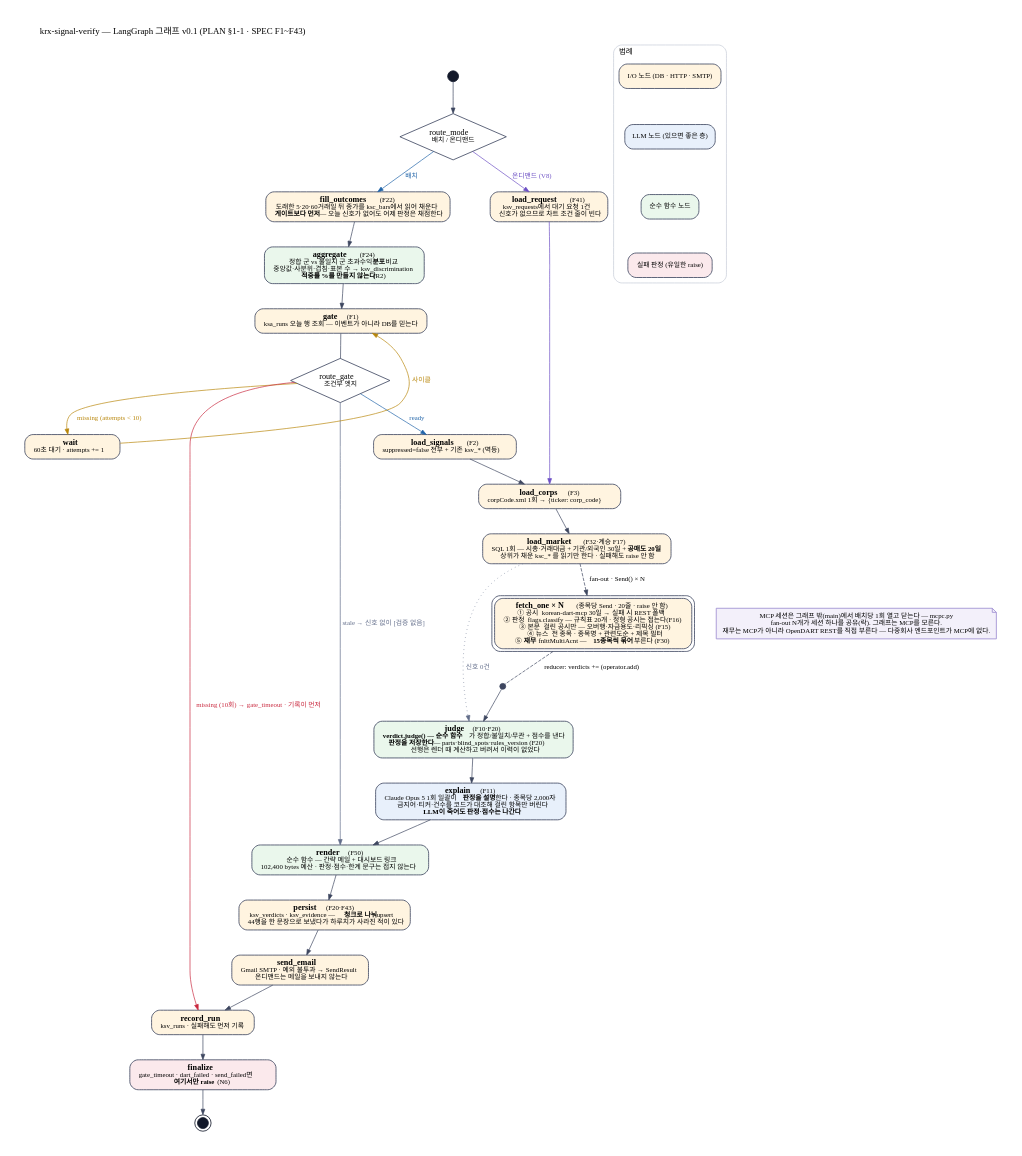
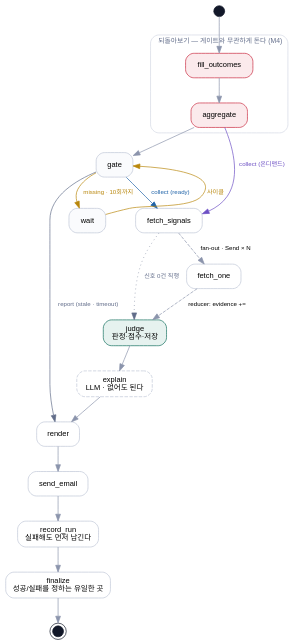
The diagram in docs/diagrams/graph.dot (daehyub71/krx-signal-verify), drawn with Graphviz before and after one commit. The commit also changed 42 other files, not shown here.

First line of the commit message:
feat: walking skeleton — graph wiring, gate on real DB, ksv_* schema

```diff
--- a/docs/diagrams/graph.dot
+++ b/docs/diagrams/graph.dot
@@ -1,78 +1,59 @@
+// krx-signal-verify — LangGraph 그래프 (PLAN §1-2)
+//
+// ⚠ 이 그림의 간선은 `scripts/check_diagram.py`가 `docs/GRAPH.md`(자동 생성)와 대조한다.
+//    노드 이름과 간선은 **구현과 정확히 같아야 한다** — 어긋나면 CI가 실패한다 (SPEC N16).
+//    렌더: dot -Tpng docs/diagrams/graph.dot -o docs/graph.png
+
 digraph verify {
-  graph [fontname="Apple SD Gothic Neo", fontsize=13, rankdir=TB, nodesep=0.45, ranksep=0.5, pad=0.4, bgcolor="white",
-         label="krx-signal-verify — LangGraph 그래프 v0.1 (PLAN §1-1 · SPEC F1~F43)", labelloc=t, labeljust=l];
-  node  [fontname="Apple SD Gothic Neo", fontsize=12, shape=box, style="rounded,filled", fillcolor="#F4F6FA", color="#3D465F", penwidth=1.2, margin="0.18,0.08"];
-  edge  [fontname="Apple SD Gothic Neo", fontsize=10, color="#3D465F", arrowsize=0.8];
+  rankdir=TB;
+  bgcolor="transparent";
+  node [shape=box, style="rounded,filled", fillcolor="#FFFFFF", color="#BFC6D6",
+        fontname="Helvetica", fontsize=11, margin="0.18,0.10"];
+  edge [color="#8B94AC", fontname="Helvetica", fontsize=9];
 
   START [shape=circle, label="", width=0.22, fillcolor="#121829", color="#121829"];
   END   [shape=doublecircle, label="", width=0.22, fillcolor="#121829", color="#121829"];
 
-  // ── 진입 분기 (V8) ────────────────────────────────
-  route_mode [shape=diamond, style=filled, fillcolor="#FFFFFF", height=0.95,
-              label=<route_mode<br/><font point-size="10">배치 / 온디맨드</font>>];
+  // 채점 — 게이트와 무관하게 돈다
+  subgraph cluster_score {
+    label="  되돌아보기 — 게이트와 무관하게 돈다 (M4)";
+    fontname="Helvetica"; fontsize=10; fontcolor="#626D8A";
+    color="#D3D8E4"; style=rounded;
+    fill_outcomes [fillcolor="#FBEAEC", color="#C9283E"];
+    aggregate     [fillcolor="#FBEAEC", color="#C9283E"];
+  }
 
-  // ── 적중 추적 (F22·F24) — 신호와 무관하게 먼저 돈다
-  fill_out [label=<<b>fill_outcomes</b>  <font point-size="10">(F22)</font><br/><font point-size="10">도래한 5·20·60거래일 뒤 종가를 ksc_bars에서 읽어 채운다<br/><b>게이트보다 먼저</b> — 오늘 신호가 없어도 어제 판정은 채점한다</font>>, fillcolor="#FFF4E0"];
-  aggregate [label=<<b>aggregate</b>  <font point-size="10">(F24)</font><br/><font point-size="10">정합 군 vs 불일치 군 초과수익 <b>분포</b> 비교<br/>중앙값·사분위·겹침·표본 수 → ksv_discrimination<br/><b>적중률 %를 만들지 않는다</b> (R2)</font>>, fillcolor="#EAF7EC"];
+  gate  [fillcolor="#FAFBFD"];
+  wait  [fillcolor="#FAFBFD"];
 
-  // ── 게이트 (F1, 계승) ─────────────────────────────
-  gate  [label=<<b>gate</b>  <font point-size="10">(F1)</font><br/><font point-size="10">ksa_runs 오늘 행 조회 — 이벤트가 아니라 DB를 믿는다</font>>, fillcolor="#FFF4E0"];
-  route_gate [shape=diamond, style=filled, fillcolor="#FFFFFF", height=0.9,
-              label=<route_gate<br/><font point-size="10">조건부 엣지</font>>];
-  wait  [label=<<b>wait</b><br/><font point-size="10">60초 대기 · attempts += 1</font>>, fillcolor="#FFF4E0"];
+  fetch_signals;
+  fetch_one;
+  judge   [fillcolor="#E6F2EF", color="#0F6E5C", label="judge\n판정·점수·저장"];
+  explain [style="rounded,filled,dashed", label="explain\nLLM · 없어도 된다"];
+  render;
+  send_email;
+  record_run [label="record_run\n실패해도 먼저 남긴다"];
+  finalize   [label="finalize\n성공/실패를 정하는 유일한 곳"];
 
-  // ── 입력 ──────────────────────────────────────────
-  load_sig [label=<<b>load_signals</b>  <font point-size="10">(F2)</font><br/><font point-size="10">suppressed=false 전부 + 기존 ksv_* (멱등)</font>>, fillcolor="#FFF4E0"];
-  load_req [label=<<b>load_request</b>  <font point-size="10">(F41)</font><br/><font point-size="10">ksv_requests에서 대기 요청 1건<br/>신호가 없으므로 차트 조건 줄이 빈다</font>>, fillcolor="#FFF4E0"];
-  load_corp [label=<<b>load_corps</b>  <font point-size="10">(F3)</font><br/><font point-size="10">corpCode.xml 1회 → {ticker: corp_code}</font>>, fillcolor="#FFF4E0"];
-  load_mkt  [label=<<b>load_market</b>  <font point-size="10">(F32·계승 F17)</font><br/><font point-size="10">SQL 1회 — 시총·거래대금 + 기관/외국인 30일 + <b>공매도 20일</b><br/>상위가 채운 ksc_* 를 읽기만 한다 · 실패해도 raise 안 함</font>>, fillcolor="#FFF4E0"];
+  START -> fill_outcomes;
+  fill_outcomes -> aggregate;
 
-  // ── fan-out ───────────────────────────────────────
-  fetch [label=<<b>fetch_one × N</b>  <font point-size="10">(종목당 Send · 20줄 · raise 안 함)</font><br/><font point-size="10">① 공시  korean-dart-mcp 30일 → 실패 시 REST 폴백<br/>② 판정  flags.classify — 규칙표 20개 · 정형 공시는 접는다(F16)<br/>③ 본문  걸린 공시만 — 오버행·자금용도·리픽싱 (F15)<br/>④ 뉴스  전 종목 · 종목명 + 관련도순 + 제목 필터<br/>⑤ <b>재무</b>  fnlttMultiAcnt — <b>15종목씩 묶어</b> 부른다 (F30)</font>>, fillcolor="#FFF4E0", peripheries=2];
-  join [shape=point, width=0.12, fillcolor="#3D465F", color="#3D465F"];
+  aggregate -> gate;
+  aggregate -> fetch_signals [label="  collect (온디맨드)", color="#6C4FC4", fontcolor="#6C4FC4"];
 
-  // ── 판정 + LLM ────────────────────────────────────
-  judge [label=<<b>judge</b>  <font point-size="10">(F10·F20)</font><br/><font point-size="10"><b>verdict.judge() — 순수 함수</b>가 정합/불일치/무관 + 점수를 낸다<br/><b>판정을 저장한다</b> — parts·blind_spots·rules_version (F20)<br/>선행은 렌더 때 계산하고 버려서 이력이 없었다</font>>, fillcolor="#EAF7EC"];
-  explain [label=<<b>explain</b>  <font point-size="10">(F11)</font><br/><font point-size="10">Claude Opus 5 1회 일괄이 <b>판정을 설명</b>한다 · 종목당 2,000자<br/>금지어·티커·건수를 코드가 대조해 걸린 항목만 버린다<br/><b>LLM이 죽어도 판정·점수는 나간다</b></font>>, fillcolor="#E8F0FB"];
+  gate -> fetch_signals [label="  collect (ready)", color="#1F63A8", fontcolor="#1F63A8"];
+  gate -> wait          [label="  missing · 10회까지", color="#B8860B", fontcolor="#B8860B"];
+  gate -> render        [label="  report (stale · timeout)", color="#626D8A", fontcolor="#626D8A"];
+  wait -> gate          [label="  사이클", color="#B8860B", fontcolor="#B8860B", constraint=false];
 
-  // ── 출력 ──────────────────────────────────────────
-  render [label=<<b>render</b>  <font point-size="10">(F50)</font><br/><font point-size="10">순수 함수 — 간략 메일 + 대시보드 링크<br/>102,400 bytes 예산 · 판정·점수·한계 문구는 접지 않는다</font>>, fillcolor="#EAF7EC"];
-  persist [label=<<b>persist</b>  <font point-size="10">(F20·F43)</font><br/><font point-size="10">ksv_verdicts · ksv_evidence — <b>청크로 나눠</b> upsert<br/>44행을 한 문장으로 보냈다가 하루치가 사라진 적이 있다</font>>, fillcolor="#FFF4E0"];
-  send [label=<<b>send_email</b><br/><font point-size="10">Gmail SMTP · 예외 불투과 → SendResult<br/>온디맨드는 메일을 보내지 않는다</font>>, fillcolor="#FFF4E0"];
-  record [label=<<b>record_run</b><br/><font point-size="10">ksv_runs · 실패해도 먼저 기록</font>>, fillcolor="#FFF4E0"];
-  final [label=<<b>finalize</b><br/><font point-size="10">gate_timeout · dart_failed · send_failed면<br/><b>여기서만 raise</b> (N6)</font>>, fillcolor="#FBE9EC"];
+  fetch_signals -> fetch_one [label="  fan-out · Send × N", style=dashed];
+  fetch_signals -> judge     [label="  신호 0건 직행", style=dotted, color="#626D8A", fontcolor="#626D8A"];
+  fetch_one -> judge         [label="  reducer: evidence += ", style=dashed];
 
-  START -> route_mode;
-  route_mode -> fill_out [label="  배치", color="#1F63A8", fontcolor="#1F63A8"];
-  route_mode -> load_req [label="  온디맨드 (V8)", color="#6C4FC4", fontcolor="#6C4FC4"];
-
-  fill_out -> aggregate -> gate;
-  gate -> route_gate [arrowhead=none];
-  route_gate -> wait     [label="  missing (attempts < 10)", color="#B8860B", fontcolor="#B8860B"];
-  wait -> gate           [label="  사이클", color="#B8860B", fontcolor="#B8860B", constraint=false];
-  route_gate -> record   [label="  missing (10회) → gate_timeout · 기록이 먼저", color="#C9283E", fontcolor="#C9283E"];
-  route_gate -> render   [label="  stale → 신호 없이 [검증 없음]", color="#626D8A", fontcolor="#626D8A"];
-  route_gate -> load_sig [label="  ready", color="#1F63A8", fontcolor="#1F63A8"];
-
-  load_sig -> load_corp;
-  load_req -> load_corp [color="#6C4FC4"];
-  load_corp -> load_mkt;
-  load_mkt -> fetch  [label="  fan-out · Send() × N", style=dashed];
-  load_mkt -> judge  [label="  신호 0건", style=dotted, color="#626D8A", fontcolor="#626D8A"];
-  fetch -> join      [label="  reducer: verdicts += (operator.add)", style=dashed, arrowhead=none];
-  join -> judge;
-  judge -> explain -> render -> persist -> send -> record -> final -> END;
-
-  note [shape=note, fillcolor="#F3F0FA", color="#9C8AD1", fontsize=10,
-        label="MCP 세션은 그래프 밖(main)에서 배치당 1회 열고 닫는다 — mcpc.py\nfan-out N개가 세션 하나를 공유(락). 그래프는 MCP를 모른다.\n재무는 MCP가 아니라 OpenDART REST를 직접 부른다 — 다중회사 엔드포인트가 MCP에 없다."];
-  load_mkt -> note [style=invis];
-
-  subgraph cluster_legend {
-    label="범례"; fontsize=11; style="rounded"; color="#C5CAD6";
-    l_io   [label="I/O 노드 (DB · HTTP · SMTP)", fillcolor="#FFF4E0", fontsize=10];
-    l_llm  [label="LLM 노드 (있으면 좋은 층)", fillcolor="#E8F0FB", fontsize=10];
-    l_pure [label="순수 함수 노드", fillcolor="#EAF7EC", fontsize=10];
-    l_fail [label="실패 판정 (유일한 raise)", fillcolor="#FBE9EC", fontsize=10];
-    l_io -> l_llm -> l_pure -> l_fail [style=invis];
-  }
+  judge -> explain;
+  explain -> render;
+  render -> send_email;
+  send_email -> record_run;
+  record_run -> finalize;
+  finalize -> END;
 }
```
